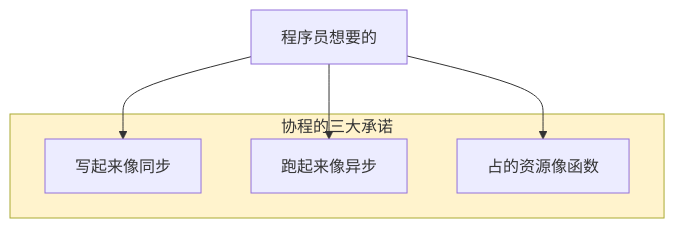
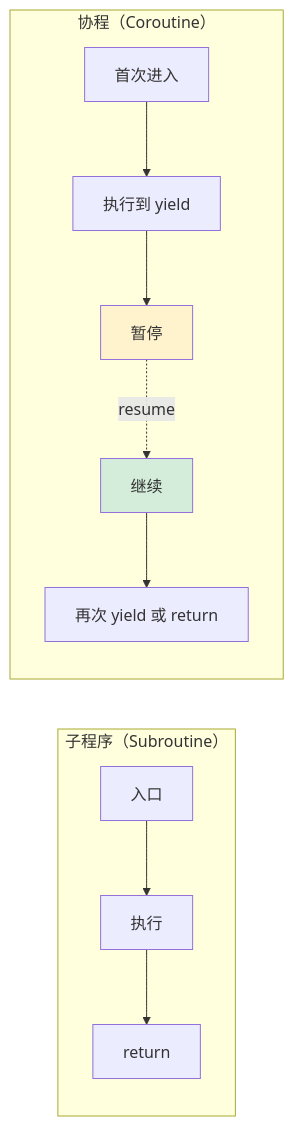
Before and after one commit to chongyang211/YCBookBlog: the fourth of 8 diagrams in 00.通用技术的提升/02.程序编程原理/03.第3卷并发之道/3.13.协程核心设计思想.md, drawn with Mermaid. The commit also changed other lines of this file and 45 other files, not shown here.

````diff
--- a/00.通用技术的提升/02.程序编程原理/03.第3卷并发之道/3.13.协程核心设计思想.md
+++ b/00.通用技术的提升/02.程序编程原理/03.第3卷并发之道/3.13.协程核心设计思想.md
@@ -122,15 +353,16 @@
 ```mermaid
-flowchart TB
-    P[程序员想要的]
-    P --> P1[写起来像同步]
-    P --> P2[跑起来像异步]
-    P --> P3[占的资源像函数]
-
-    subgraph S["协程的三大承诺"]
-    P1
-    P2
-    P3
+flowchart LR
+    subgraph SUB["子程序（Subroutine）"]
+        S1[入口] --> S2[执行] --> S3[return]
     end
-
-    style S fill:#fff3cd
+    
+    subgraph CORO["协程（Coroutine）"]
+        C1[首次进入] --> C2[执行到 yield]
+        C2 --> C3[暂停]
+        C3 -.resume.-> C4[继续]
+        C4 --> C5[再次 yield 或 return]
+    end
+    
+    style C3 fill:#fff3cd
+    style C4 fill:#d4edda
 ```
````
